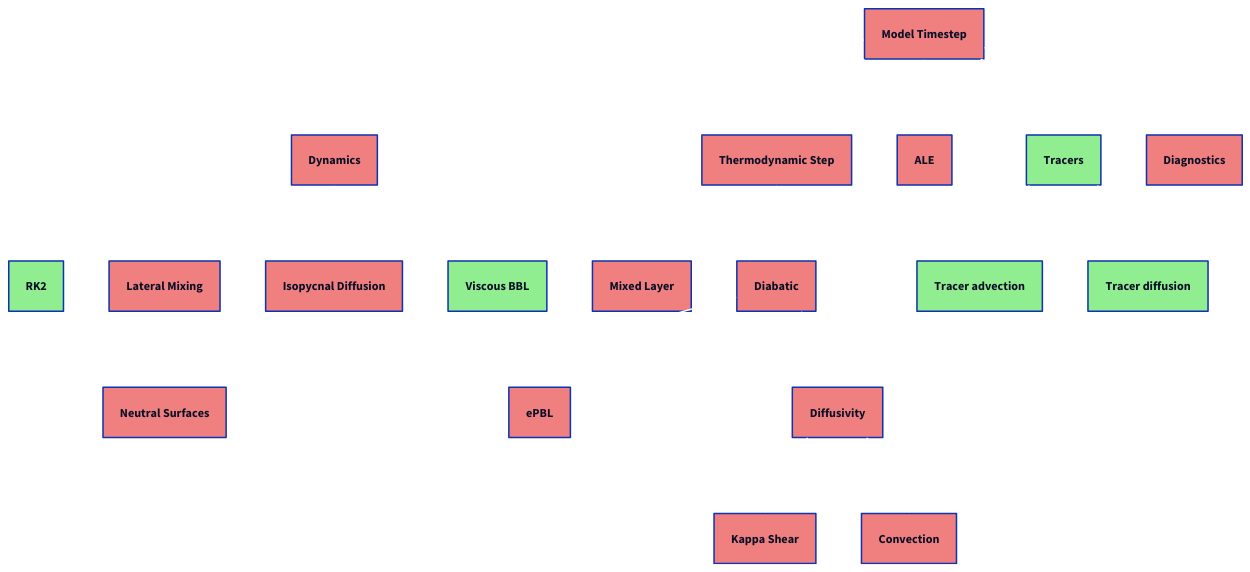
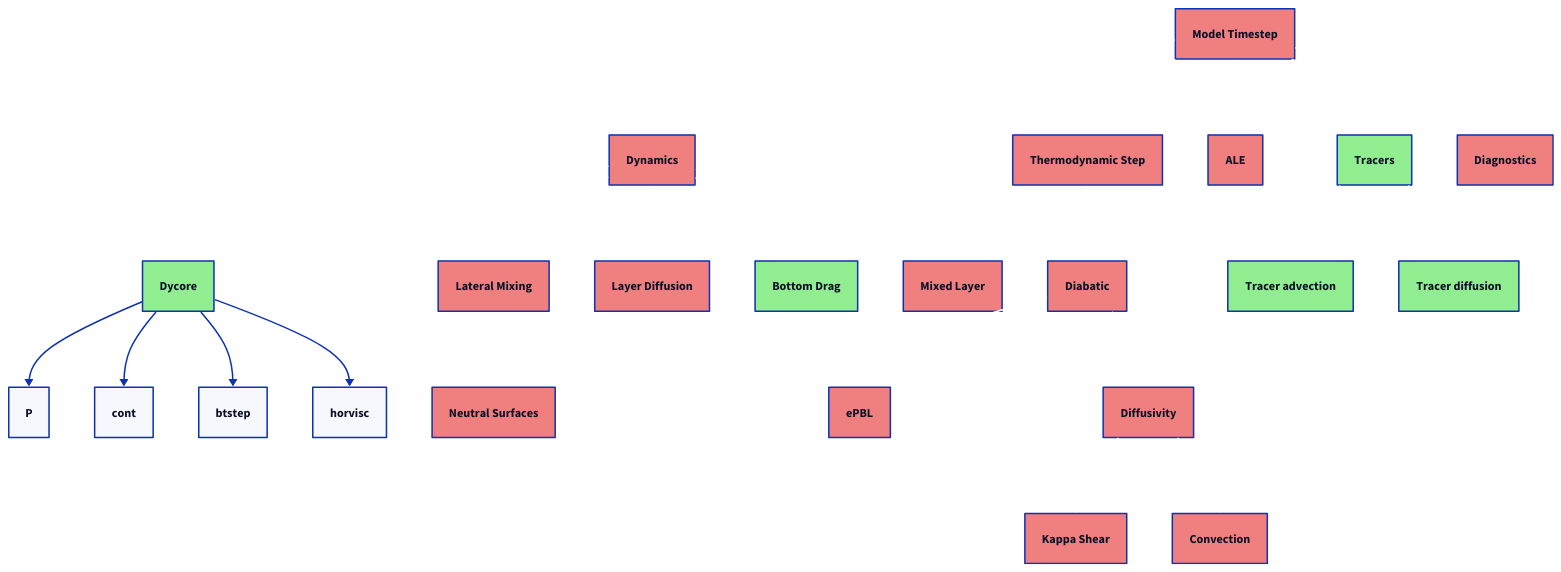
Before and after one commit to marshallward/openhackathon2026: the diagram in d2/mom6code.d2, drawn with D2. The commit also changed 277 other files, not shown here.

```diff
--- a/d2/mom6code.d2
+++ b/d2/mom6code.d2
@@ -1,174 +1,187 @@
 style.fill: transparent
 
 step_mom: {
     label: Model Timestep
     style.fill: lightcoral
 }
 
 step_mom -> step_mom_dynamics {
     style.stroke: white
 }
 step_mom -> step_mom_thermo {
     style.stroke: white
 }
 step_mom -> ale_regridding_and_remapping {
     style.stroke: white
 }
 step_mom -> step_mom_tracer_dyn {
     style.stroke: white
 }
 step_mom -> calculate_diagnostic_fields {
     style.stroke: white
 }
 
-# Dycore
+# Dynamics
 
 step_mom_dynamics: {
     label: Dynamics
     style.fill: lightcoral
 }
 
 step_mom_dynamics -> step_mom_dyn_split_RK2 {
     style.stroke: white
 }
 step_mom_dynamics -> calc_slope_functions {
     style.stroke: white
 }
 step_mom_dynamics -> thickness_diffuse {
     style.stroke: white
 }
 step_mom_dynamics -> set_viscous_BBL {
     style.stroke: white
 }
 step_mom_dynamics -> mixedlayer_restrat {
     style.stroke: white
 }
 
+
+# Dycore
+
 step_mom_dyn_split_RK2: {
-    label: RK2
+    label: Dycore
     style.fill: lightgreen
 }
+
+# testing
+step_mom_dyn_split_RK2 -> P
+step_mom_dyn_split_RK2 -> cont
+step_mom_dyn_split_RK2 -> btstep
+step_mom_dyn_split_RK2 -> horvisc
+
+
+
+
 
 # Lateral mixing coefficients
 
 calc_slope_functions: {
     label: Lateral Mixing
     style.fill: lightcoral
 }
 
 thickness_diffuse: {
-    label: Isopycnal Diffusion
+    label: Layer Diffusion
     style.fill: lightcoral
 }
 
 set_viscous_BBL: {
-    label: Viscous BBL
+    label: Bottom Drag
     style.fill: lightgreen
 }
 
 mixedlayer_restrat: {
     label: Mixed Layer
     style.fill: lightcoral
 }
 
 
 calc_slope_functions -> calc_isoneutral_slopes {
     style.stroke: white
 }
 #calc_slope_functions -> valc_visbeck_coeffs_old
 
 calc_isoneutral_slopes: {
     label: Neutral Surfaces
     style.fill: lightcoral
 }
 
 
 # Thermo
 
 step_mom_thermo: {
     label: Thermodynamic Step
     style.fill: lightcoral
 }
 
 step_mom_thermo -> diabatic {
     style.stroke: white
 }
 diabatic -> energetic_pbl {
     style.stroke: white
 }
 diabatic -> set_diffusivity {
     style.stroke: white
 }
 #diabatic -> applyboundaryfluxesinout
 
 diabatic: {
     label: Diabatic
     style.fill: lightcoral
 }
 
 energetic_pbl: {
     label: ePBL
     style.fill: lightcoral
 }
 
 set_diffusivity: {
     label: Diffusivity
     style.fill: lightcoral
 }
 
 set_diffusivity -> kappa_shear_vertex {
     style.stroke: white
 }
 set_diffusivity -> full_convection {
     style.stroke: white
 }
 
 kappa_shear_vertex: {
     label: Kappa Shear
     style.fill: lightcoral
 }
 
 full_convection: {
     label: Convection
     style.fill: lightcoral
 }
 
 
 # ALE
 
 ale_regridding_and_remapping: {
     label: ALE
     style.fill: lightcoral
 }
 
 # Tracers
 
 step_mom_tracer_dyn: {
     label: Tracers
     style.fill: lightgreen
 }
 
 step_mom_tracer_dyn -> tracer_advect {
     style.stroke: white
 }
 step_mom_tracer_dyn -> tracer_hordiff {
     style.stroke: white
 }
 #step_mom_tracer_dyn -> tracer_vertdiff
 
 tracer_advect: {
     label: Tracer advection
     style.fill: lightgreen
 }
 
 tracer_hordiff: {
     label: Tracer diffusion
     style.fill: lightgreen
 }
 
 # Diagnostics
 
 calculate_diagnostic_fields: {
     label: Diagnostics
     style.fill: lightcoral
 }
```
